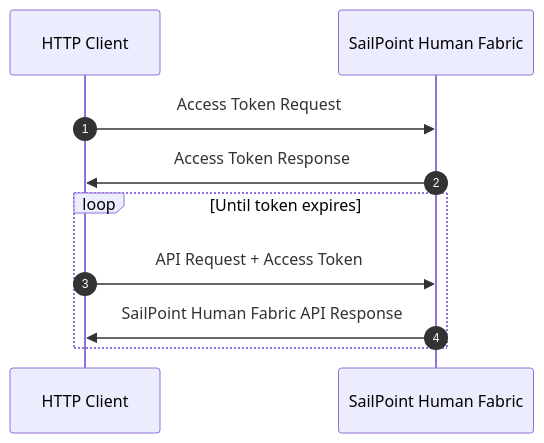
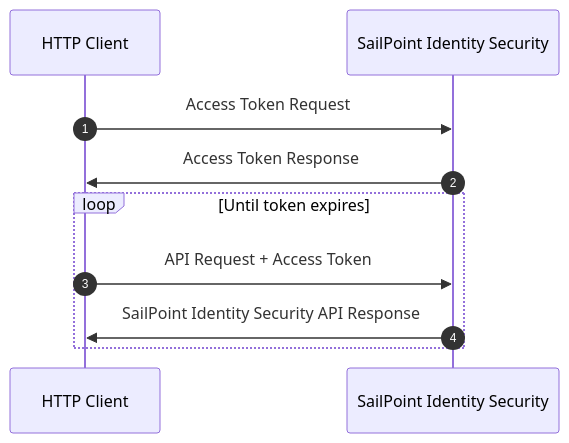
Before and after one commit to sailpoint-oss/developer.sailpoint.com: the first of 2 diagrams in docs/api/authentication.md, drawn with Mermaid. The commit also changed other lines of this file and 191 other files, not shown here.

````diff
--- a/docs/api/authentication.md
+++ b/docs/api/authentication.md
@@ -28,14 +28,14 @@
 ```mermaid
 sequenceDiagram
     autonumber
     participant H as HTTP Client
-    participant I as SailPoint Human Fabric
+    participant I as SailPoint Identity Security
 
     H->>I: Access Token Request
     I->>H: Access Token Response
 
     loop Until token expires
     H->>I: API Request + Access Token
-    I->>H: SailPoint Human Fabric API Response
+    I->>H: SailPoint Identity Security API Response
     end
 ```
````
